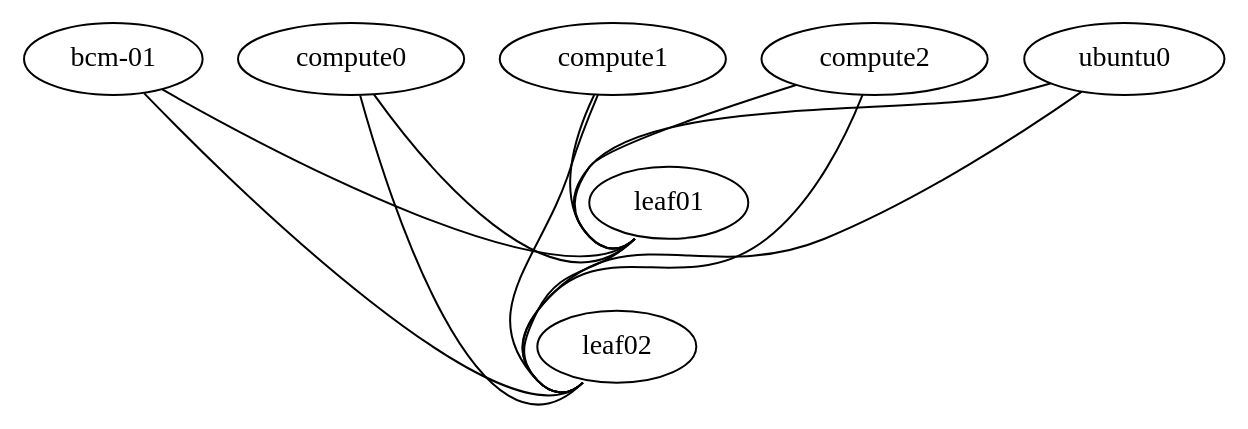
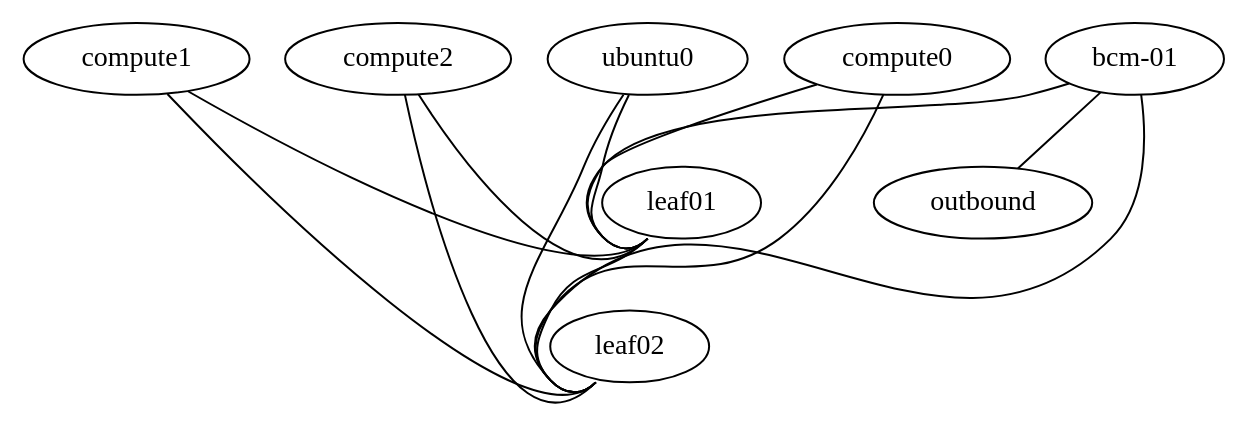
Before and after one commit to twilson217/bcm-in-nvidia-air: the diagram in topologies/test-bcm.dot, drawn with Graphviz. The commit also changed 1 other file, not shown here.

Commit message:
Disable auto OOB and connect bcm-01:eth0 directly to outbound
Topology changes:
- Added 'bcm-01:eth0 -- outbound' connection for direct external access
- This allows SSH service to be created on bcm-01 directly

Simulation creation:
- Added 'oob: false' to disable automatic OOB management network
- No more auto-created oob-mgmt-server/oob-mgmt-switch
- bcm-01:eth0 becomes the outbound interface for services

Cloud-init:
- Removed oob-mgmt skip logic (they won't exist anymore)
- Simplified skip logic for switches and PXE nodes
- Better reporting of skipped nodes and reasons

This approach:
- Direct SSH to bcm-01 (no ProxyJump needed)
- Cloud-init works on bcm-01 (password + SSH key configured)
- No Air-managed nodes with default passwords

```diff
--- a/topologies/test-bcm.dot
+++ b/topologies/test-bcm.dot
@@ -1,21 +1,22 @@
 graph "bcm-air-poc" {
   "bcm-01" [memory="8192" os="generic/ubuntu2404" cpu="4" cpu_mode="host-model" storage="200" mgmt_ip="192.168.200.254"]
   "compute0" [function="server" memory="2048" os="pxe" cpu="2" boot="network" cpu_mode="host-model" storage="20" mgmt_ip="192.168.200.14"]
   "compute1" [function="server" memory="2048" os="pxe" cpu="2" boot="network" cpu_mode="host-model" storage="20" mgmt_ip="192.168.200.15"]
   "compute2" [function="server" memory="2048" os="pxe" cpu="2" boot="network" cpu_mode="host-model" storage="20" mgmt_ip="192.168.200.16"]
   "ubuntu0" [function="server" memory="1024" os="generic/ubuntu2204" cpu="1" mgmt_ip="192.168.200.10"]
   "leaf01" [function="leaf" memory="4096" os="cumulus-vx-5.15.0" cpu="3" mgmt_ip="192.168.200.12"]
   "leaf02" [function="leaf" memory="4096" os="cumulus-vx-5.15.0" cpu="3" mgmt_ip="192.168.200.13"]
 
   "leaf01":"swp51" -- "leaf02":"swp51"
   "ubuntu0":"eth1" -- "leaf01":"swp1"
   "ubuntu0":"eth2" -- "leaf02":"swp1"
   "compute0":"eth1" -- "leaf01":"swp2"
   "compute0":"eth2" -- "leaf02":"swp2"
   "compute1":"eth1" -- "leaf01":"swp3"
   "compute1":"eth2" -- "leaf02":"swp3"
   "compute2":"eth1" -- "leaf01":"swp4"
   "compute2":"eth2" -- "leaf02":"swp4"
+  "bcm-01":"eth0" -- "outbound"
   "bcm-01":"eth1" -- "leaf01":"swp5"
   "bcm-01":"eth2" -- "leaf02":"swp5"
 }
```
